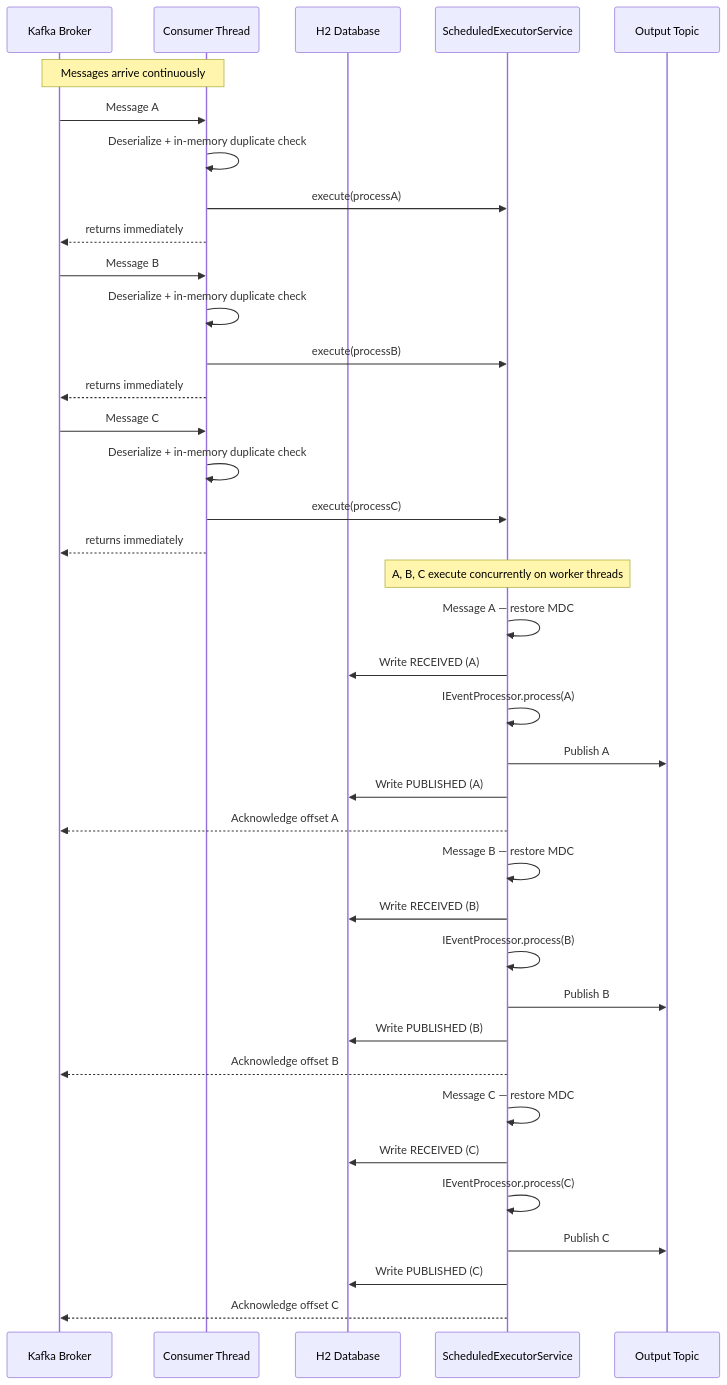
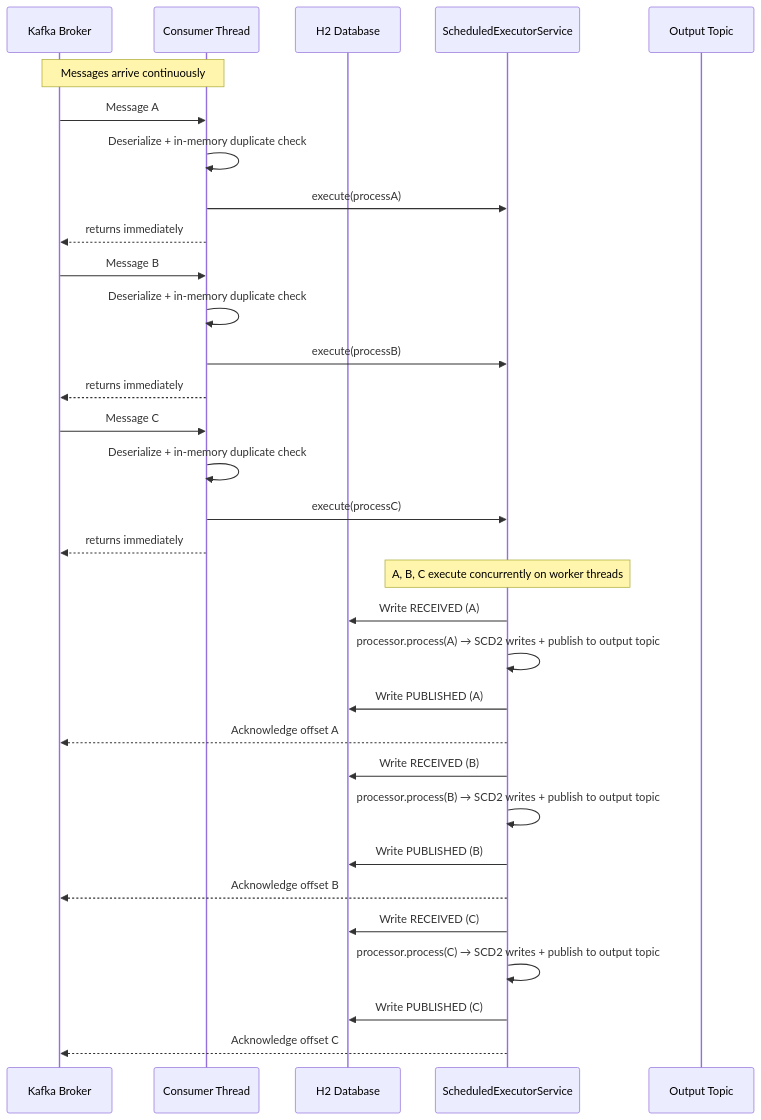
Before and after one commit to thzero/kafka-metrics: the second of 2 diagrams in README.md, drawn with Mermaid. The commit also changed other lines of this file and 5 other files, not shown here.

````diff
--- a/README.md
+++ b/README.md
@@ -99,48 +126,42 @@
 ```mermaid
 sequenceDiagram
     participant K as Kafka Broker
     participant CT as Consumer Thread
     participant DB as H2 Database
     participant SE as ScheduledExecutorService
     participant OP as Output Topic
 
     Note over K,CT: Messages arrive continuously
 
     K->>CT: Message A
     CT->>CT: Deserialize + in-memory duplicate check
     CT->>SE: execute(processA)
     CT-->>K: returns immediately
 
     K->>CT: Message B
     CT->>CT: Deserialize + in-memory duplicate check
     CT->>SE: execute(processB)
     CT-->>K: returns immediately
 
     K->>CT: Message C
     CT->>CT: Deserialize + in-memory duplicate check
     CT->>SE: execute(processC)
     CT-->>K: returns immediately
 
     Note over SE: A, B, C execute concurrently on worker threads
 
-    SE->>SE: Message A — restore MDC
     SE->>DB: Write RECEIVED (A)
-    SE->>SE: IEventProcessor.process(A)
-    SE->>OP: Publish A
+    SE->>SE: processor.process(A) → SCD2 writes + publish to output topic
     SE->>DB: Write PUBLISHED (A)
     SE-->>K: Acknowledge offset A
 
-    SE->>SE: Message B — restore MDC
     SE->>DB: Write RECEIVED (B)
-    SE->>SE: IEventProcessor.process(B)
-    SE->>OP: Publish B
+    SE->>SE: processor.process(B) → SCD2 writes + publish to output topic
     SE->>DB: Write PUBLISHED (B)
     SE-->>K: Acknowledge offset B
 
-    SE->>SE: Message C — restore MDC
     SE->>DB: Write RECEIVED (C)
-    SE->>SE: IEventProcessor.process(C)
-    SE->>OP: Publish C
+    SE->>SE: processor.process(C) → SCD2 writes + publish to output topic
     SE->>DB: Write PUBLISHED (C)
     SE-->>K: Acknowledge offset C
 ```
````
